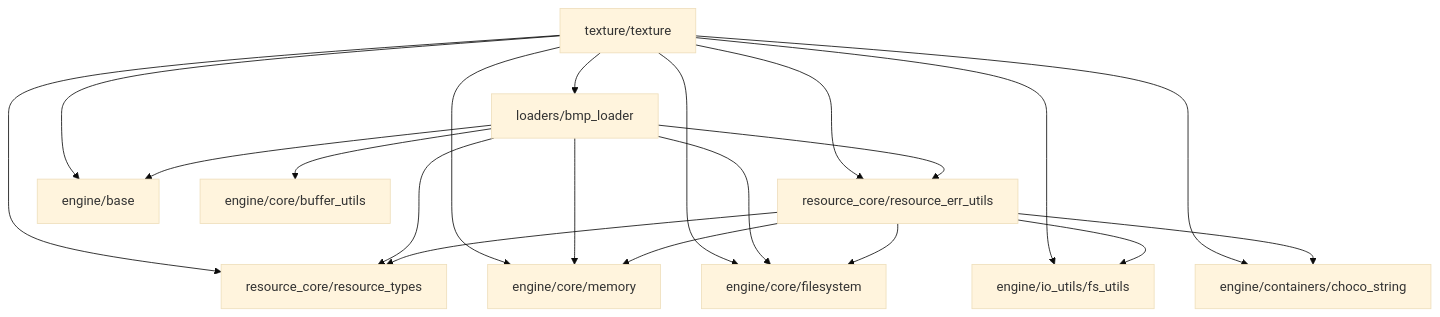
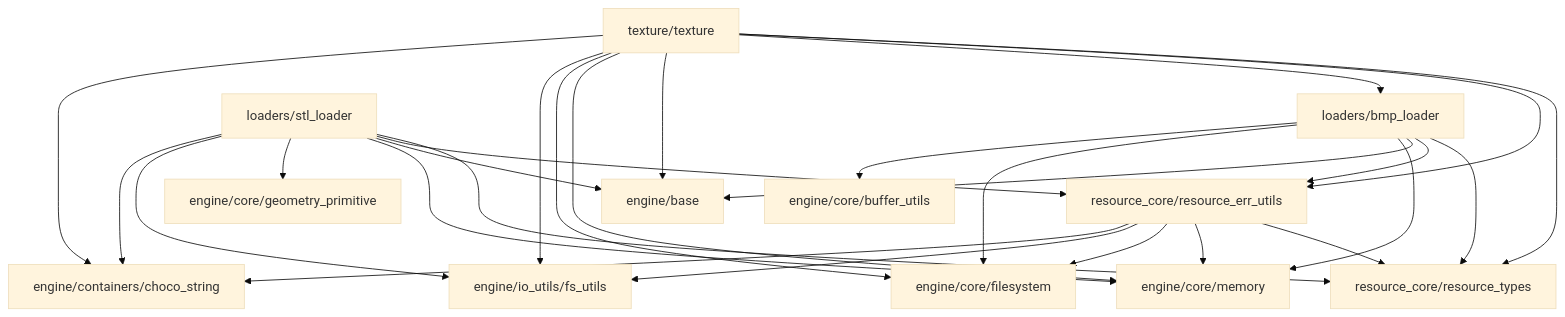
One commit to chocolate-pie24/gl_choco_engine changed the diagram in docs/architecture/resource/architecture_en.md. Above: the diagram before and after it, drawn with Mermaid (base theme). The commit also changed other lines of this file and 2 other files, not shown here.

````diff
--- a/docs/architecture/resource/architecture_en.md
+++ b/docs/architecture/resource/architecture_en.md
@@ -26,36 +30,46 @@
 ```mermaid
 graph TD
   RESOURCE_TYPES[resource_core/resource_types]
   RESOURCE_ERR_UTILS[resource_core/resource_err_utils]
   BMP_LOADER[loaders/bmp_loader]
+  STL_LOADER[loaders/stl_loader]
   TEXTURE[texture/texture]
 
   BASE[engine/base]
   CORE_MEMORY[engine/core/memory]
   CORE_FILESYSTEM[engine/core/filesystem]
   CORE_BUFFER_UTILS[engine/core/buffer_utils]
+  CORE_GEOMETRY[engine/core/geometry_primitive]
   IO_UTILS[engine/io_utils/fs_utils]
   CONTAINERS[engine/containers/choco_string]
 
   RESOURCE_ERR_UTILS --> RESOURCE_TYPES
   RESOURCE_ERR_UTILS --> CORE_MEMORY
   RESOURCE_ERR_UTILS --> CORE_FILESYSTEM
   RESOURCE_ERR_UTILS --> IO_UTILS
   RESOURCE_ERR_UTILS --> CONTAINERS
 
   BMP_LOADER --> RESOURCE_TYPES
   BMP_LOADER --> RESOURCE_ERR_UTILS
   BMP_LOADER --> BASE
   BMP_LOADER --> CORE_MEMORY
   BMP_LOADER --> CORE_FILESYSTEM
   BMP_LOADER --> CORE_BUFFER_UTILS
 
+  STL_LOADER --> RESOURCE_TYPES
+  STL_LOADER --> RESOURCE_ERR_UTILS
+  STL_LOADER --> BASE
+  STL_LOADER --> CORE_MEMORY
+  STL_LOADER --> CORE_GEOMETRY
+  STL_LOADER --> IO_UTILS
+  STL_LOADER --> CONTAINERS
+
   TEXTURE --> RESOURCE_TYPES
   TEXTURE --> RESOURCE_ERR_UTILS
   TEXTURE --> BMP_LOADER
   TEXTURE --> BASE
   TEXTURE --> CORE_MEMORY
   TEXTURE --> CORE_FILESYSTEM
   TEXTURE --> IO_UTILS
   TEXTURE --> CONTAINERS
 ```
````
